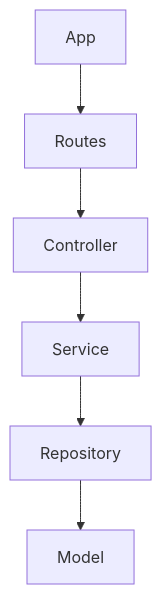
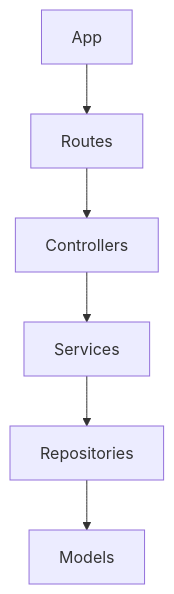
One commit to tiagolimar/ata-aula-fs36 changed the first of 2 diagrams in README.md. Above: the diagram before and after it, drawn with Mermaid. The commit also changed other lines of this file, not shown here.

````diff
--- a/README.md
+++ b/README.md
@@ -21,8 +24,8 @@
 ```mermaid
 graph TD
     A[App] --> B[Routes]
-    B --> C[Controller]
-    C --> D[Service]
-    D --> E[Repository]
-    E --> F[Model]
+    B --> C[Controllers]
+    C --> D[Services]
+    D --> E[Repositories]
+    E --> F[Models]
 ```
````
